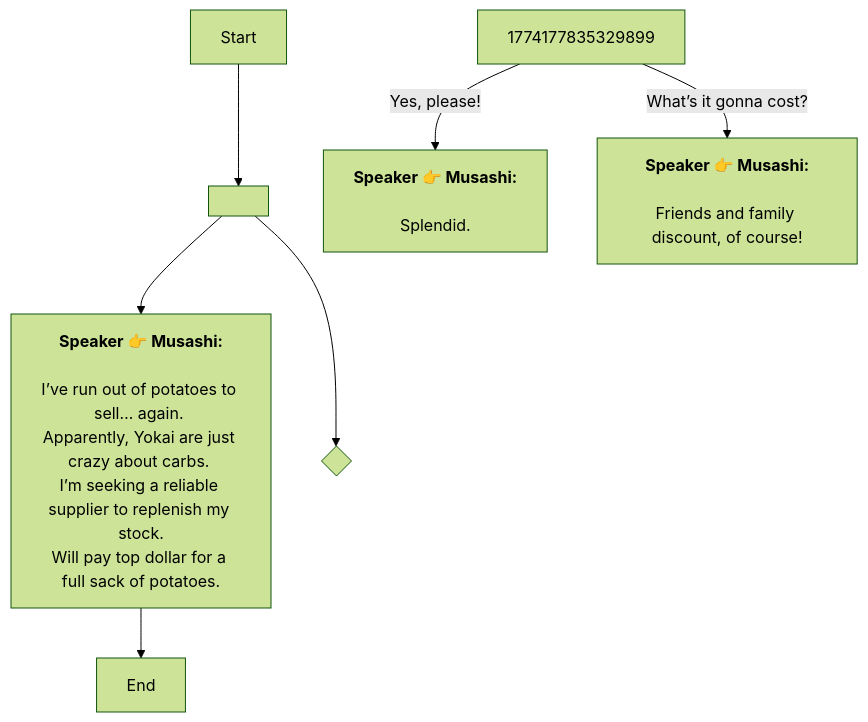
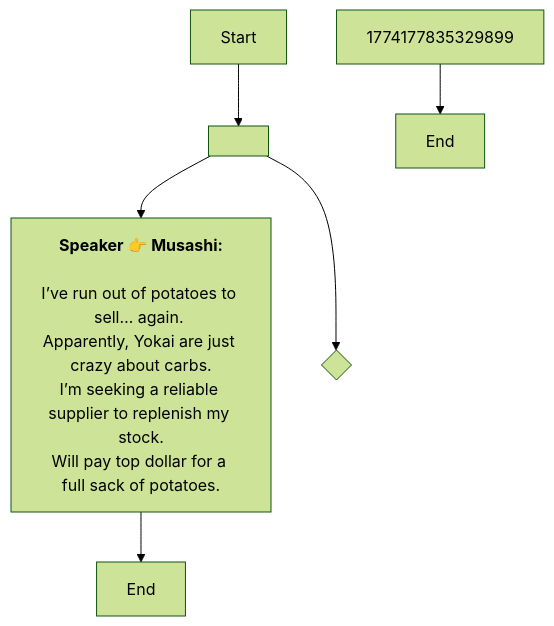
Before and after one commit to SoftHu/tos_avg: the diagram in En/QuestNPCDeliveryENode_1774177540127068.md, drawn with Mermaid (forest theme). The commit also changed 410 other files, not shown here.

````diff
--- a/En/QuestNPCDeliveryENode_1774177540127068.md
+++ b/En/QuestNPCDeliveryENode_1774177540127068.md
@@ -1,15 +1,12 @@
 ```mermaid
 graph
 Start -->1774177685387616[ ]
 1774177685387616 -->1774177735884129[<b>Speaker 👉 Musashi:</b>
 \nI’ve run out of potatoes to sell… again. 
-Apparently, Yokai are just crazy about carbs. \nI’m seeking a reliable supplier to replenish my stock.
+Apparently, Yokai are just crazy about carbs.\nI’m seeking a reliable supplier to replenish my stock.
 Will pay top dollar for a full sack of potatoes.]
 1774177685387616 -->1774177823500647{ }
 1774177735884129 -->1774177801912677[End]
-1774177835329899 -->|Yes, please!|1774177941536118[<b>Speaker 👉 Musashi:</b>
-\nSplendid.]
-1774177835329899 -->|What’s it gonna cost?|1774177959878008[<b>Speaker 👉 Musashi:</b>
-\nFriends and family discount, of course!]
+1774177835329899 -->1775003298405709[End]
 
 ```
````
